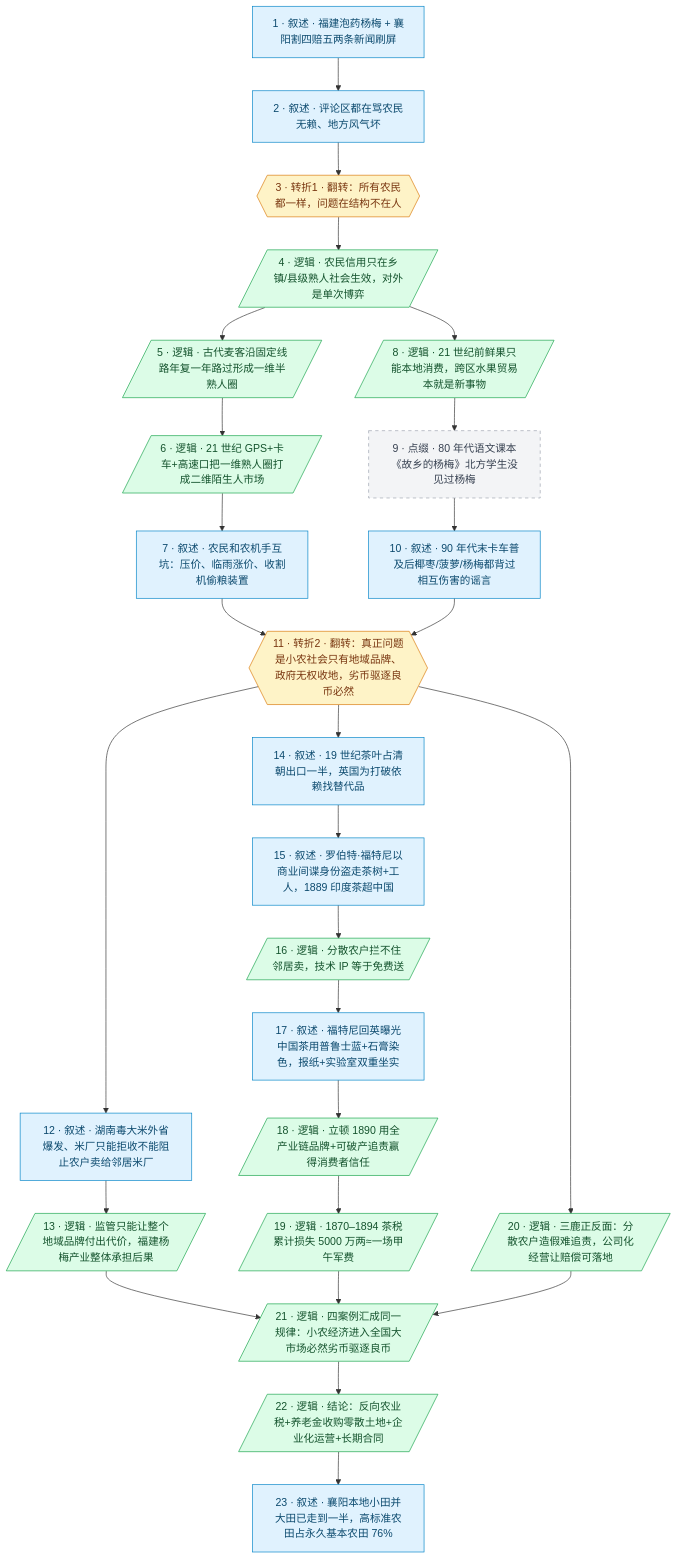
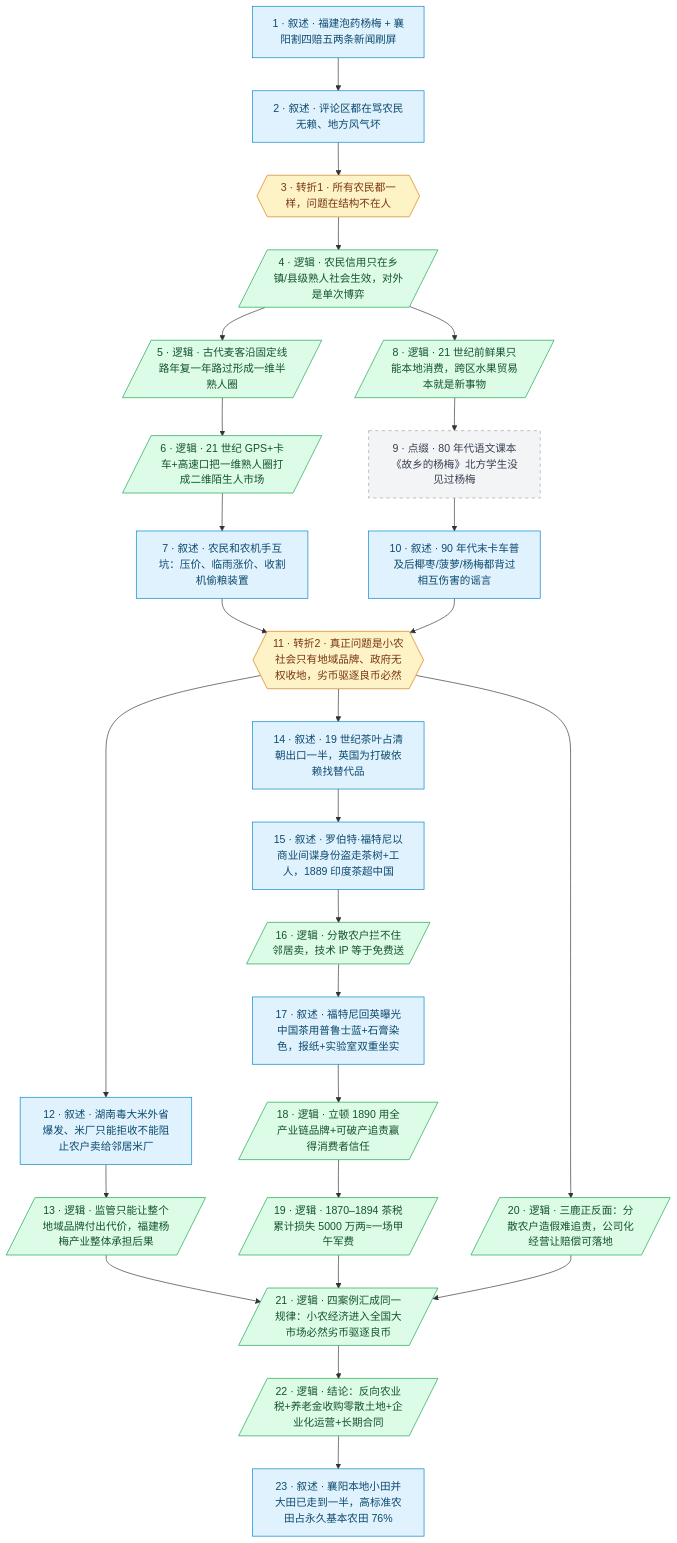
The diagram in btnews/1001_1100/btnews_1062.madugong-analysis.md (liusining/mdg-media-skills), drawn with Mermaid before and after one commit.

Commit message:
docs: drop "翻转" prefix from btnews 1062 narrative diagram nodes
Mermaid 块里 node 3 / node 11 的"翻转："前缀去掉，转折单元只留结论本身：
- `转折1 · 翻转：所有农民都一样……` → `转折1 · 所有农民都一样……`
- `转折2 · 翻转：真正问题是小农社会……` → `转折2 · 真正问题是小农社会……`

````diff
--- a/btnews/1001_1100/btnews_1062.madugong-analysis.md
+++ b/btnews/1001_1100/btnews_1062.madugong-analysis.md
@@ -75,45 +75,45 @@
 ```mermaid
 flowchart TD
     classDef typeA fill:#e0f2fe,stroke:#0284c7,color:#0c4a6e
     classDef typeB fill:#dcfce7,stroke:#16a34a,color:#14532d
     classDef typeC fill:#f3f4f6,stroke:#9ca3af,color:#374151,stroke-dasharray:5 5
     classDef typeD fill:#fef3c7,stroke:#d97706,color:#78350f
 
     1["1 · 叙述 · 福建泡药杨梅 + 襄阳割四赔五两条新闻刷屏"]:::typeA
     2["2 · 叙述 · 评论区都在骂农民无赖、地方风气坏"]:::typeA
-    3{{"3 · 转折1 · 翻转：所有农民都一样，问题在结构不在人"}}:::typeD
+    3{{"3 · 转折1 · 所有农民都一样，问题在结构不在人"}}:::typeD
     4[/"4 · 逻辑 · 农民信用只在乡镇/县级熟人社会生效，对外是单次博弈"/]:::typeB
     5[/"5 · 逻辑 · 古代麦客沿固定线路年复一年路过形成一维半熟人圈"/]:::typeB
     6[/"6 · 逻辑 · 21 世纪 GPS+卡车+高速口把一维熟人圈打成二维陌生人市场"/]:::typeB
     7["7 · 叙述 · 农民和农机手互坑：压价、临雨涨价、收割机偷粮装置"]:::typeA
     8[/"8 · 逻辑 · 21 世纪前鲜果只能本地消费，跨区水果贸易本就是新事物"/]:::typeB
     9["9 · 点缀 · 80 年代语文课本《故乡的杨梅》北方学生没见过杨梅"]:::typeC
     10["10 · 叙述 · 90 年代末卡车普及后椰枣/菠萝/杨梅都背过相互伤害的谣言"]:::typeA
-    11{{"11 · 转折2 · 翻转：真正问题是小农社会只有地域品牌、政府无权收地，劣币驱逐良币必然"}}:::typeD
+    11{{"11 · 转折2 · 真正问题是小农社会只有地域品牌、政府无权收地，劣币驱逐良币必然"}}:::typeD
     12["12 · 叙述 · 湖南毒大米外省爆发、米厂只能拒收不能阻止农户卖给邻居米厂"]:::typeA
     13[/"13 · 逻辑 · 监管只能让整个地域品牌付出代价，福建杨梅产业整体承担后果"/]:::typeB
     14["14 · 叙述 · 19 世纪茶叶占清朝出口一半，英国为打破依赖找替代品"]:::typeA
     15["15 · 叙述 · 罗伯特·福特尼以商业间谍身份盗走茶树+工人，1889 印度茶超中国"]:::typeA
     16[/"16 · 逻辑 · 分散农户拦不住邻居卖，技术 IP 等于免费送"/]:::typeB
     17["17 · 叙述 · 福特尼回英曝光中国茶用普鲁士蓝+石膏染色，报纸+实验室双重坐实"]:::typeA
     18[/"18 · 逻辑 · 立顿 1890 用全产业链品牌+可破产追责赢得消费者信任"/]:::typeB
     19[/"19 · 逻辑 · 1870–1894 茶税累计损失 5000 万两≈一场甲午军费"/]:::typeB
     20[/"20 · 逻辑 · 三鹿正反面：分散农户造假难追责，公司化经营让赔偿可落地"/]:::typeB
     21[/"21 · 逻辑 · 四案例汇成同一规律：小农经济进入全国大市场必然劣币驱逐良币"/]:::typeB
     22[/"22 · 逻辑 · 结论：反向农业税+养老金收购零散土地+企业化运营+长期合同"/]:::typeB
     23["23 · 叙述 · 襄阳本地小田并大田已走到一半，高标准农田占永久基本农田 76%"]:::typeA
 
     1 --> 2 --> 3
     3 --> 4 --> 5 --> 6
     6 --> 7
     4 --> 8 --> 9 --> 10
     7 --> 11
     10 --> 11
     11 --> 12 --> 13
     11 --> 14 --> 15 --> 16 --> 17 --> 18 --> 19
     11 --> 20
     13 --> 21
     19 --> 21
     20 --> 21
     21 --> 22 --> 23
 ```
````
